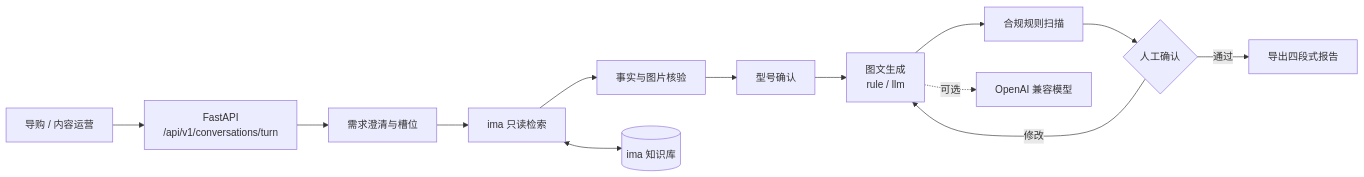
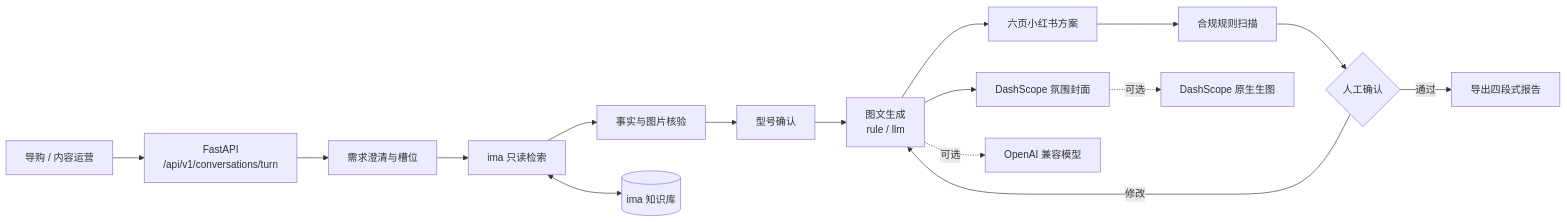
The diagram in README.md (Alaraby527/huawei-pc-marketing-agent), drawn with Mermaid before and after one commit. The commit also changed other lines of this file and 51 other files, not shown here.

````diff
--- a/README.md
+++ b/README.md
@@ -16,15 +16,18 @@
 ```mermaid
 flowchart LR
   U[导购 / 内容运营] --> API[FastAPI<br/>/api/v1/conversations/turn]
   API --> S[需求澄清与槽位]
   S --> R[ima 只读检索]
   R --> E[事实与图片核验]
   E --> P[型号确认]
   P --> C[图文生成<br/>rule / llm]
-  C --> A[合规规则扫描]
+  C --> P6[六页小红书方案]
+  C --> IMG[DashScope 氛围封面]
+  P6 --> A[合规规则扫描]
   A --> H{人工确认}
   H -->|通过| X[导出四段式报告]
   H -->|修改| C
   R <--> KB[(ima 知识库)]
   C -.可选.-> LLM[OpenAI 兼容模型]
+  IMG -.可选.-> IMGAPI[DashScope 原生生图]
 ```
````
